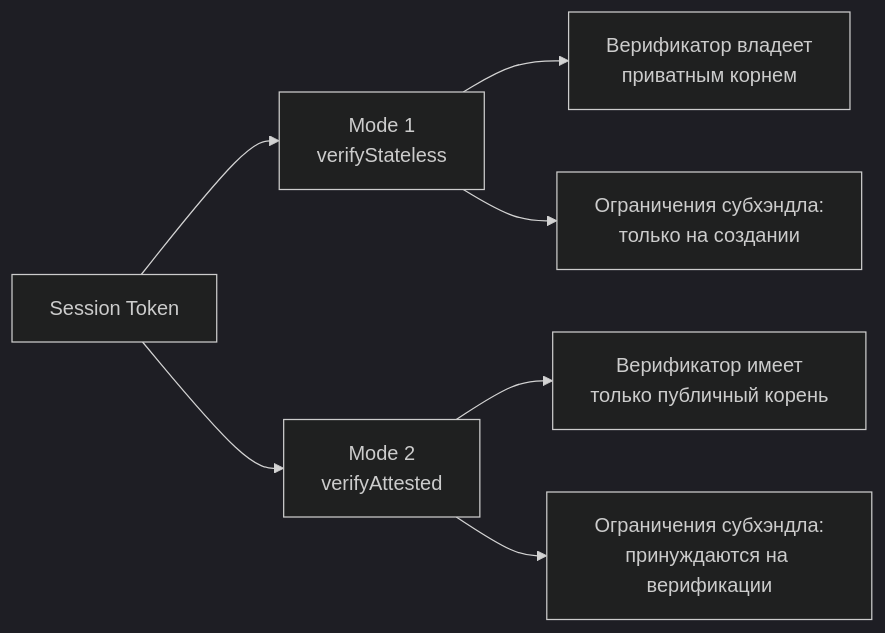
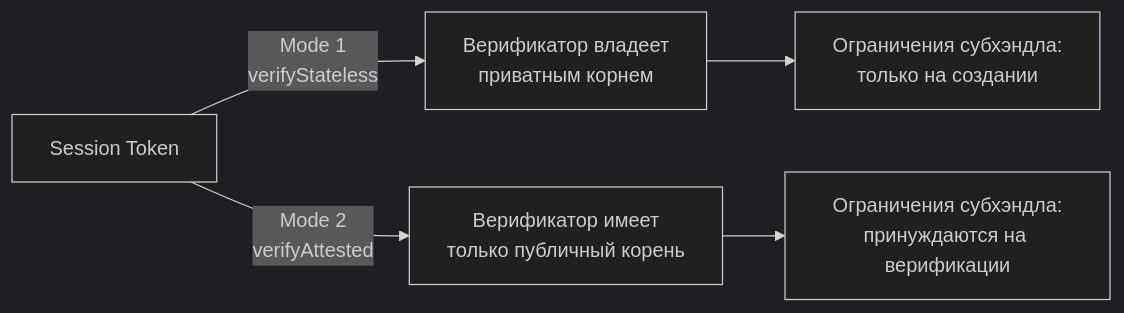
Before and after one commit to me2em-org/me2em-website: the second of 2 diagrams in src/content/blog/ru/attestation-chains-delegated-trust.md, drawn with Mermaid (dark theme). The commit also changed other lines of this file and 13 other files, not shown here.

````diff
--- a/src/content/blog/ru/attestation-chains-delegated-trust.md
+++ b/src/content/blog/ru/attestation-chains-delegated-trust.md
@@ -73,9 +73,7 @@
 ```mermaid
 flowchart LR
-    T["Session Token"] --> M1["Mode 1<br/>verifyStateless"]
-    T --> M2["Mode 2<br/>verifyAttested"]
-    M1 --> R1["Верификатор владеет<br/>приватным корнем"]
-    M2 --> R2["Верификатор имеет<br/>только публичный корень"]
-    M1 --> O1["Ограничения субхэндла:<br/>только на создании"]
-    M2 --> O2["Ограничения субхэндла:<br/>принуждаются на верификации"]
+    T["Session Token"] -->|"Mode 1<br/>verifyStateless"| R1["Верификатор владеет<br/>приватным корнем"]
+    T -->|"Mode 2<br/>verifyAttested"| R2["Верификатор имеет<br/>только публичный корень"]
+    R1 --> O1["Ограничения субхэндла:<br/>только на создании"]
+    R2 --> O2["Ограничения субхэндла:<br/>принуждаются на верификации"]
 ```
````
